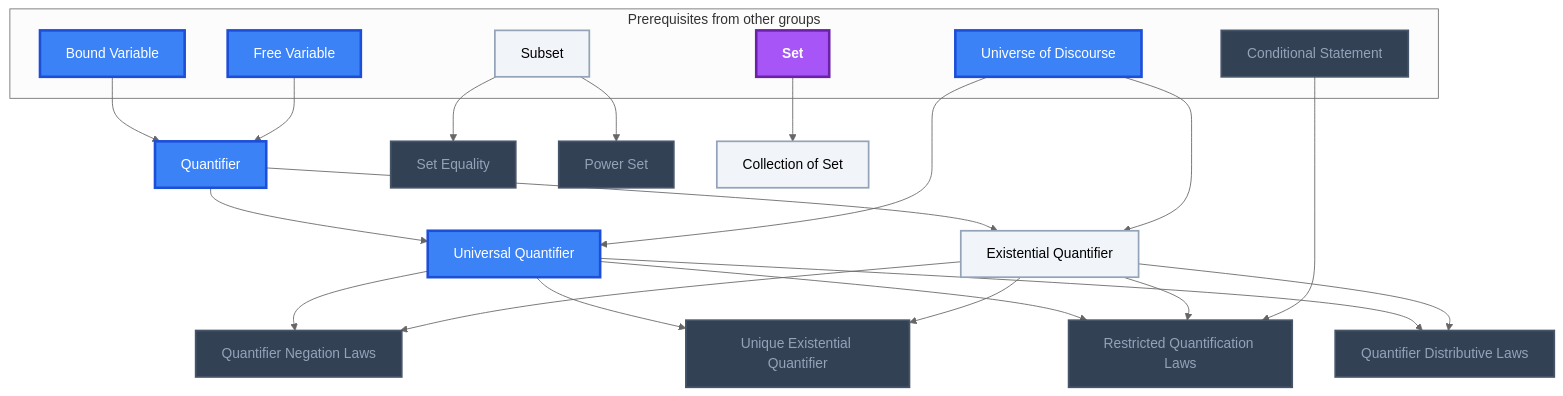
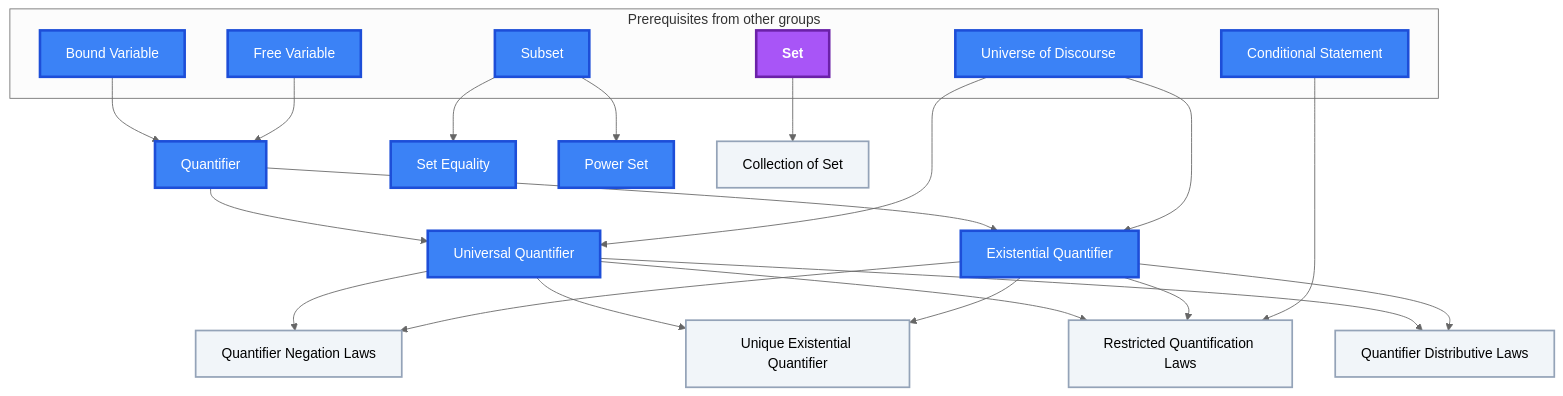
Before and after one commit to MRauf1/My-Notes: the second of 7 diagrams in Gamification/Skill Trees/Discrete Mathematics.md, drawn with Mermaid (neutral theme). The commit also changed other lines of this file and 62 other files, not shown here.

````diff
--- a/Gamification/Skill Trees/Discrete Mathematics.md
+++ b/Gamification/Skill Trees/Discrete Mathematics.md
@@ -116,53 +119,52 @@
 ```mermaid
 flowchart TD
     classDef planned fill:#1E293B,stroke:#64748B,stroke-width:2px,stroke-dasharray:5 5,color:#94A3B8;
     classDef locked fill:#334155,stroke:#475569,stroke-width:2px,color:#94A3B8;
     classDef L0 fill:#F1F5F9,stroke:#94A3B8,stroke-width:2px,color:#000000;
     classDef L1 fill:#22C55E,stroke:#15803D,stroke-width:2px,color:#000000;
     classDef L2 fill:#3B82F6,stroke:#1D4ED8,stroke-width:3px,color:#FFFFFF;
     classDef L3 fill:#A855F7,stroke:#6B21A8,stroke-width:3px,color:#FFFFFF,font-weight:bold;
     classDef L4 fill:#F97316,stroke:#C2410C,stroke-width:4px,color:#000000,font-weight:bold;
     classDef L5 fill:#FFD700,stroke:#FF8C00,stroke-width:5px,color:#000000,font-weight:bold;
     classDef rusty stroke:#8B4513,stroke-width:4px,stroke-dasharray:3 3;
     subgraph sg_prereqs["Prerequisites from other groups"]
         n_bound_variable["Bound Variable"]
         n_free_variable["Free Variable"]
         n_universe_of_discourse["Universe of Discourse"]
         n_conditional_statement["Conditional Statement"]
         n_subset["Subset"]
         n_set["Set"]
     end
     n_quantifier["Quantifier"]
     n_universal_quantifier["Universal Quantifier"]
     n_existential_quantifier["Existential Quantifier"]
     n_quantifier_negation_laws["Quantifier Negation Laws"]
     n_unique_existential_quantifier["Unique Existential Quantifier"]
     n_restricted_quantification_laws["Restricted Quantification Laws"]
     n_quantifier_distributive_laws["Quantifier Distributive Laws"]
     n_set_equality["Set Equality"]
     n_power_set["Power Set"]
     n_collection_of_set["Collection of Set"]
     n_bound_variable --> n_quantifier
     n_free_variable --> n_quantifier
     n_quantifier --> n_universal_quantifier
     n_universe_of_discourse --> n_universal_quantifier
     n_quantifier --> n_existential_quantifier
     n_universe_of_discourse --> n_existential_quantifier
     n_universal_quantifier --> n_quantifier_negation_laws
     n_existential_quantifier --> n_quantifier_negation_laws
     n_universal_quantifier --> n_unique_existential_quantifier
     n_existential_quantifier --> n_unique_existential_quantifier
     n_universal_quantifier --> n_restricted_quantification_laws
     n_existential_quantifier --> n_restricted_quantification_laws
     n_conditional_statement --> n_restricted_quantification_laws
     n_universal_quantifier --> n_quantifier_distributive_laws
     n_existential_quantifier --> n_quantifier_distributive_laws
     n_subset --> n_set_equality
     n_subset --> n_power_set
     n_set --> n_collection_of_set
-    class n_conditional_statement,n_quantifier_negation_laws,n_unique_existential_quantifier,n_restricted_quantification_laws,n_quantifier_distributive_laws,n_set_equality,n_power_set locked;
-    class n_subset,n_existential_quantifier,n_collection_of_set L0;
-    class n_bound_variable,n_free_variable,n_universe_of_discourse,n_quantifier,n_universal_quantifier L2;
+    class n_quantifier_negation_laws,n_unique_existential_quantifier,n_restricted_quantification_laws,n_quantifier_distributive_laws,n_collection_of_set L0;
+    class n_bound_variable,n_free_variable,n_universe_of_discourse,n_conditional_statement,n_subset,n_quantifier,n_universal_quantifier,n_existential_quantifier,n_set_equality,n_power_set L2;
     class n_set L3;
     class n_bound_variable,n_free_variable,n_universe_of_discourse,n_conditional_statement,n_subset,n_set,n_quantifier,n_universal_quantifier,n_existential_quantifier,n_quantifier_negation_laws,n_unique_existential_quantifier,n_restricted_quantification_laws,n_quantifier_distributive_laws,n_set_equality,n_power_set,n_collection_of_set internal-link;
 ```
````
